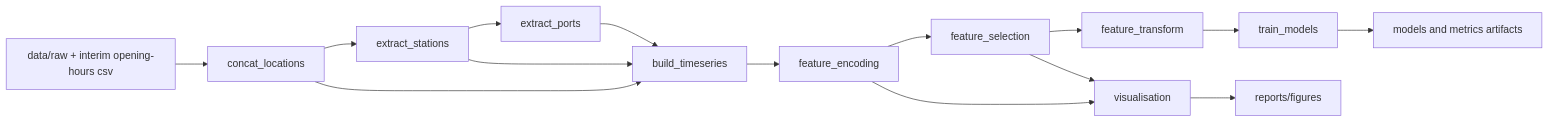
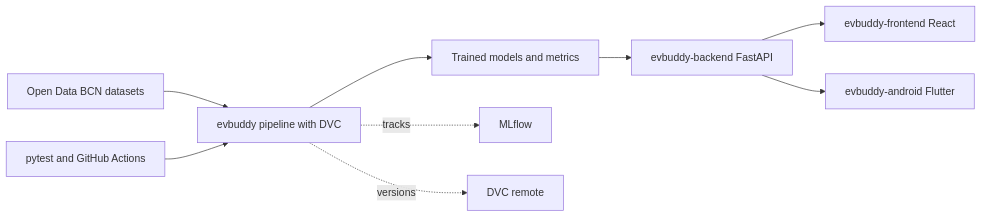
The diagram in README.md (diogomsmiranda/evbuddy), drawn with Mermaid before and after one commit. The commit also changed other lines of this file and 2 other files, not shown here.

````diff
--- a/README.md
+++ b/README.md
@@ -29,17 +26,11 @@
 ```mermaid
 flowchart LR
-  A[data/raw + interim opening-hours csv] --> B[concat_locations]
-  B --> C[extract_stations]
-  C --> D[extract_ports]
-  B --> E[build_timeseries]
-  C --> E
-  D --> E
-  E --> F[feature_encoding]
-  F --> G[feature_selection]
-  F --> H[visualisation]
-  G --> H
-  G --> I[feature_transform]
-  I --> J[train_models]
-  H --> K[reports/figures]
-  J --> L[models and metrics artifacts]
+  D[Open Data BCN datasets] --> P[evbuddy pipeline with DVC]
+  P --> M[Trained models and metrics]
+  M --> B[evbuddy-backend FastAPI]
+  B --> W[evbuddy-frontend React]
+  B --> A[evbuddy-android Flutter]
+  P -.tracks.-> T[MLflow]
+  P -.versions.-> C[DVC remote]
+  Q[pytest and GitHub Actions] --> P
 ```
````
